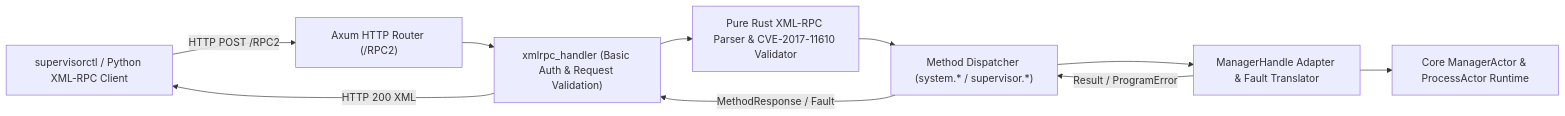
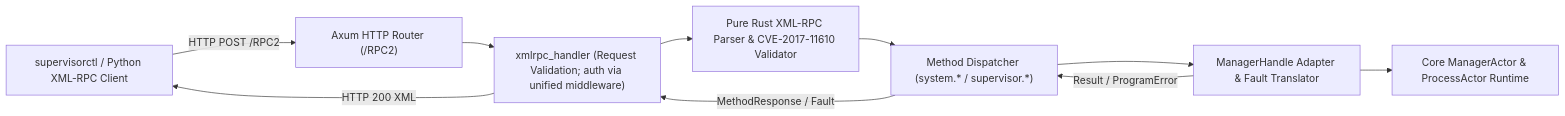
One commit to spritetong/rsupervisord changed the ninth of 10 diagrams in docs/DESIGN.md. Above: the diagram before and after it, drawn with Mermaid. The commit also changed other lines of this file and 15 other files, not shown here.

````diff
--- a/docs/DESIGN.md
+++ b/docs/DESIGN.md
@@ -1024,14 +1030,14 @@
 ```mermaid
 flowchart LR
     Client["supervisorctl / Python XML-RPC Client"]
     Router["Axum HTTP Router (/RPC2)"]
-    Handler["xmlrpc_handler (Basic Auth & Request Validation)"]
+    Handler["xmlrpc_handler (Request Validation; auth via unified middleware)"]
     Wire["Pure Rust XML-RPC Parser & CVE-2017-11610 Validator"]
     Dispatcher["Method Dispatcher (system.* / supervisor.*)"]
     Adapter["ManagerHandle Adapter & Fault Translator"]
     Core["Core ManagerActor & ProcessActor Runtime"]
 
     Client -->|HTTP POST /RPC2| Router --> Handler
     Handler --> Wire --> Dispatcher --> Adapter --> Core
     Adapter -->|Result / ProgramError| Dispatcher -->|MethodResponse / Fault| Handler -->|HTTP 200 XML| Client
 ```
````
